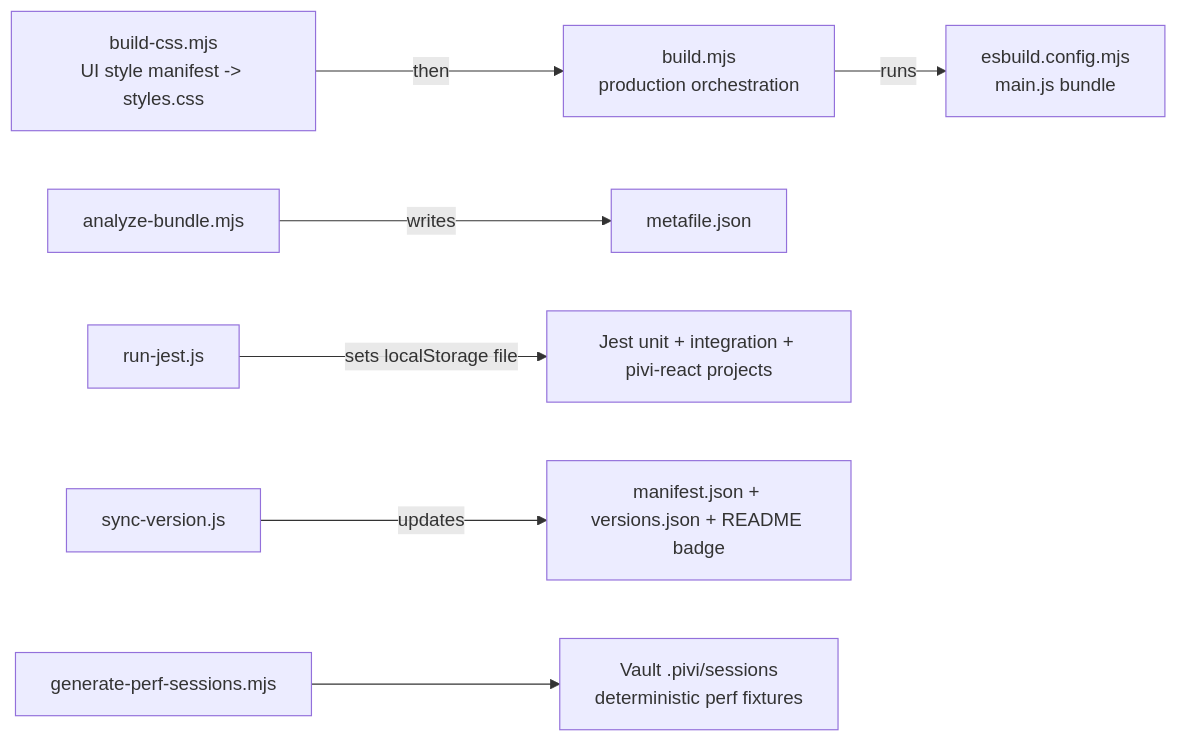
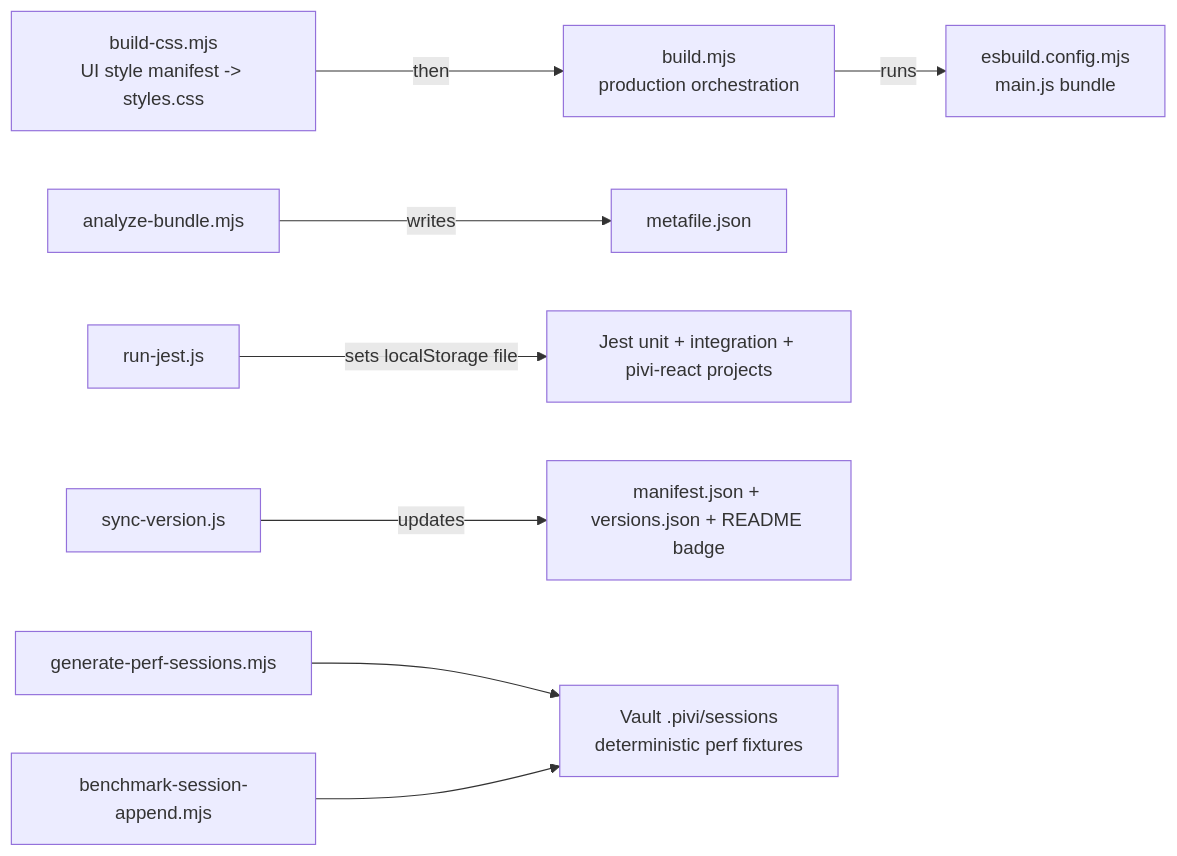
The diagram in scripts/AGENTS.md (shuuul/obsidian-pivi), drawn with Mermaid before and after one commit. The commit also changed other lines of this file and 6 other files, not shown here.

Commit message:
perf(session): add isolated indexed paging benchmark

````diff
--- a/scripts/AGENTS.md
+++ b/scripts/AGENTS.md
@@ -9,9 +9,10 @@
 ```mermaid
 flowchart LR
   CSS["build-css.mjs<br/>UI style manifest -> styles.css"] -- "then" --> Build["build.mjs<br/>production orchestration"]
   Build -- "runs" --> Esbuild["esbuild.config.mjs<br/>main.js bundle"]
   Analyze["analyze-bundle.mjs"] -- "writes" --> Meta["metafile.json"]
   Jest["run-jest.js"] -- "sets localStorage file" --> Tests["Jest unit + integration + pivi-react projects"]
   Version["sync-version.js"] -- "updates" --> Manifest["manifest.json + versions.json + README badge"]
   Fixtures["generate-perf-sessions.mjs"] --> Sessions["Vault .pivi/sessions<br/>deterministic perf fixtures"]
+  AppendBench["benchmark-session-append.mjs"] --> Sessions
 ```
````
